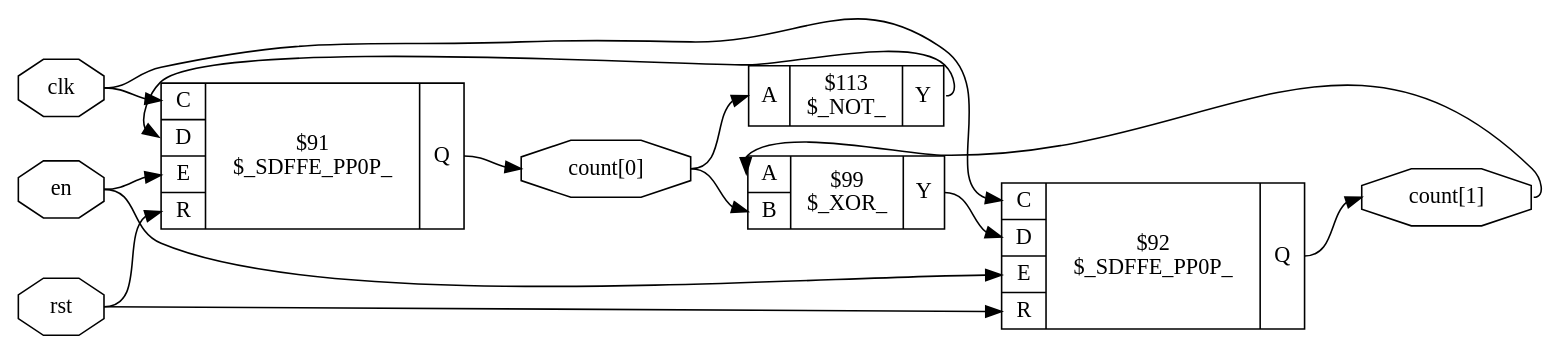
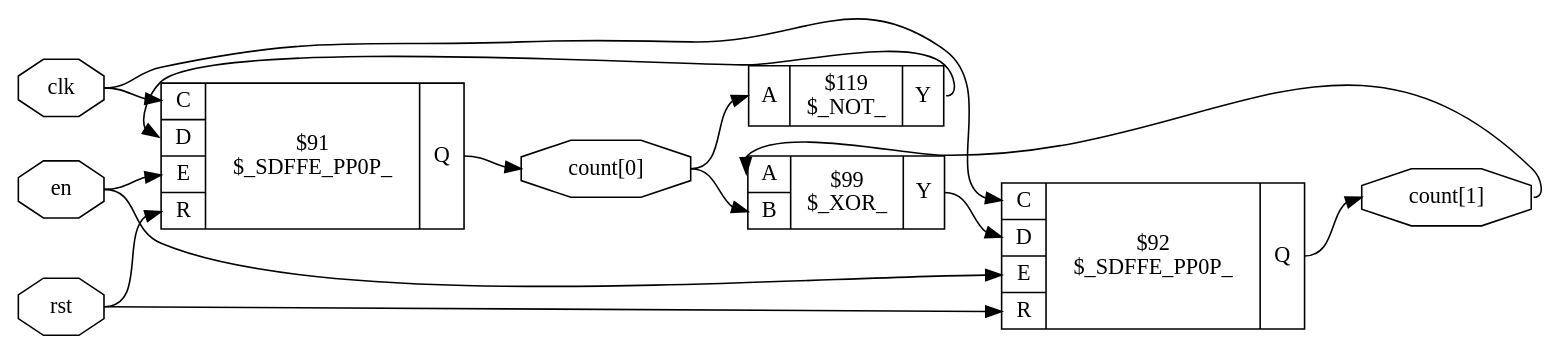
One commit to YosysHQ-Docs/yosys-cmd-ref changed the diagram in source/_images/code_examples/intro/counter_02.dot. Above: the diagram before and after it, drawn with Graphviz. The commit also changed 32 other files, not shown here.

```diff
--- a/source/_images/code_examples/intro/counter_02.dot
+++ b/source/_images/code_examples/intro/counter_02.dot
@@ -1,26 +1,26 @@
 digraph "counter" {
 rankdir="LR";
 remincross=true;
 n3 [ shape=octagon, label="clk", color="black", fontcolor="black" ];
 n4 [ shape=octagon, label="count[0]", color="black", fontcolor="black" ];
 n5 [ shape=octagon, label="count[1]", color="black", fontcolor="black" ];
 n6 [ shape=octagon, label="en", color="black", fontcolor="black" ];
 n7 [ shape=octagon, label="rst", color="black", fontcolor="black" ];
 c13 [ shape=record, label="{{<p8> C|<p9> D|<p10> E|<p11> R}|$91\n$_SDFFE_PP0P_|{<p12> Q}}",  ];
 c14 [ shape=record, label="{{<p8> C|<p9> D|<p10> E|<p11> R}|$92\n$_SDFFE_PP0P_|{<p12> Q}}",  ];
-c17 [ shape=record, label="{{<p15> A}|$113\n$_NOT_|{<p16> Y}}",  ];
+c17 [ shape=record, label="{{<p15> A}|$119\n$_NOT_|{<p16> Y}}",  ];
 c19 [ shape=record, label="{{<p15> A|<p18> B}|$99\n$_XOR_|{<p16> Y}}",  ];
 c17:p16:e -> c13:p9:w [color="black", fontcolor="black", label=""];
 c19:p16:e -> c14:p9:w [color="black", fontcolor="black", label=""];
 n3:e -> c13:p8:w [color="black", fontcolor="black", label=""];
 n3:e -> c14:p8:w [color="black", fontcolor="black", label=""];
 c13:p12:e -> n4:w [color="black", fontcolor="black", label=""];
 n4:e -> c17:p15:w [color="black", fontcolor="black", label=""];
 n4:e -> c19:p18:w [color="black", fontcolor="black", label=""];
 c14:p12:e -> n5:w [color="black", fontcolor="black", label=""];
 n5:e -> c19:p15:w [color="black", fontcolor="black", label=""];
 n6:e -> c13:p10:w [color="black", fontcolor="black", label=""];
 n6:e -> c14:p10:w [color="black", fontcolor="black", label=""];
 n7:e -> c13:p11:w [color="black", fontcolor="black", label=""];
 n7:e -> c14:p11:w [color="black", fontcolor="black", label=""];
 }
```
